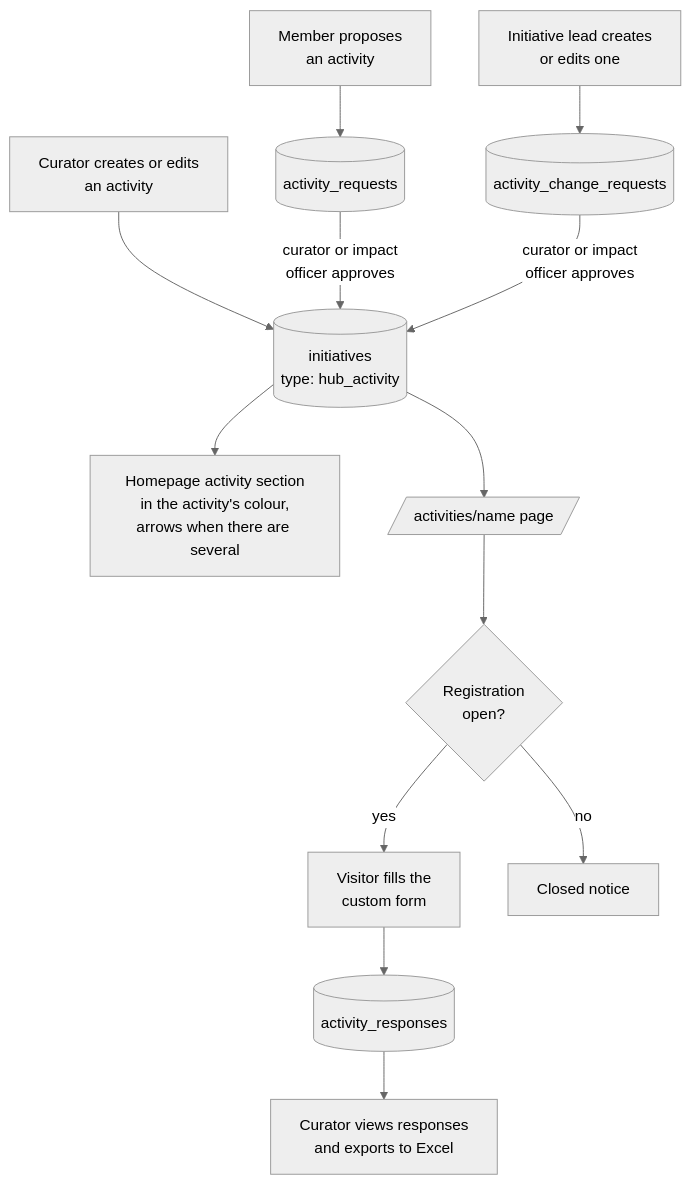
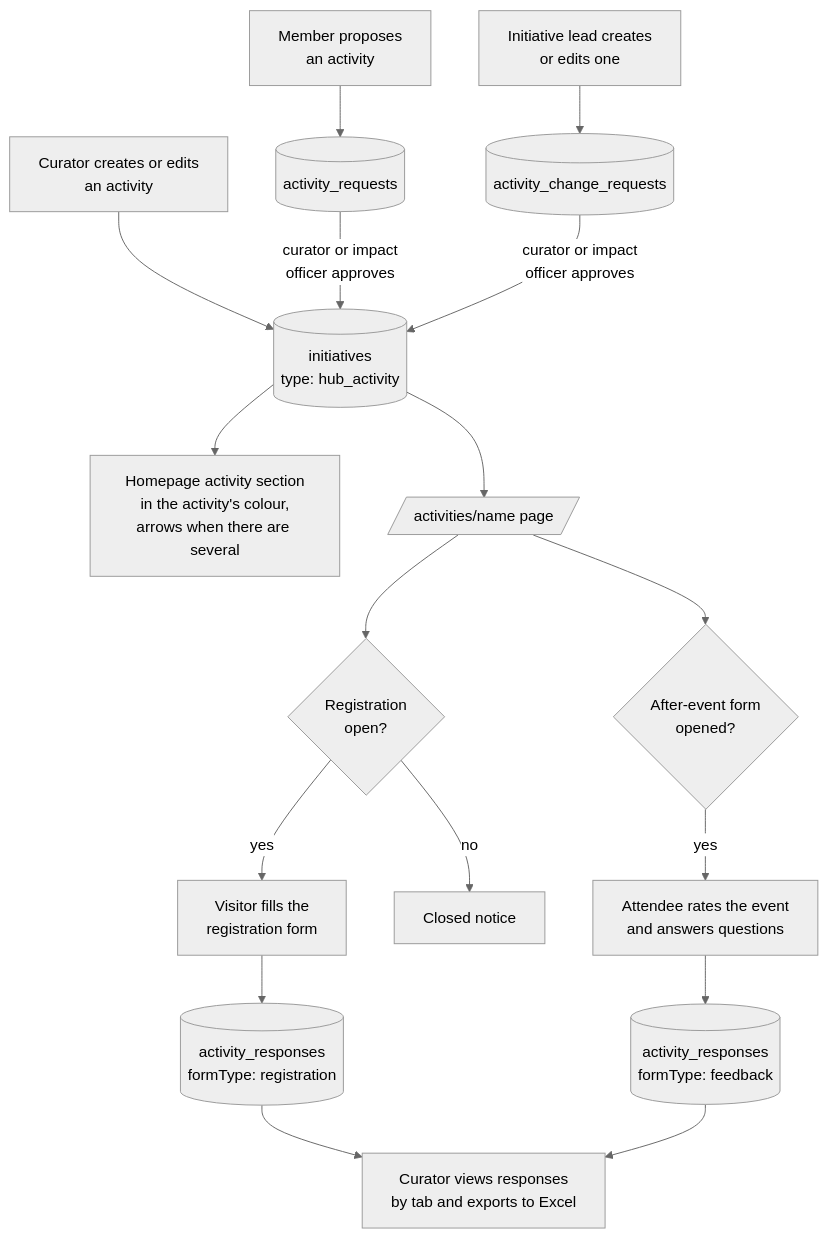
The fifth of 9 diagrams in docs/HOW-IT-WORKS.md (The-Dark-Ranger/Jeddah-Hub), drawn with Mermaid (neutral theme) before and after one commit. The commit also changed other lines of this file and 73 other files, not shown here.

````diff
--- a/docs/HOW-IT-WORKS.md
+++ b/docs/HOW-IT-WORKS.md
@@ -128,14 +138,17 @@
 ```mermaid
 flowchart TD
     C[Curator creates or edits<br/>an activity] --> I[(initiatives<br/>type: hub_activity)]
     M[Member proposes<br/>an activity] --> Q[(activity_requests)]
     Q -->|curator or impact<br/>officer approves| I
     L[Initiative lead creates<br/>or edits one] --> R[(activity_change_requests)]
     R -->|curator or impact<br/>officer approves| I
     I --> H[Homepage activity section<br/>in the activity's colour,<br/>arrows when there are several]
     I --> P[/activities/name page/]
     P --> F{Registration<br/>open?}
-    F -->|yes| V[Visitor fills the<br/>custom form] --> AR[(activity_responses)]
+    F -->|yes| V[Visitor fills the<br/>registration form] --> AR[(activity_responses<br/>formType: registration)]
     F -->|no| X[Closed notice]
-    AR --> E[Curator views responses<br/>and exports to Excel]
+    P --> FB{After-event form<br/>opened?}
+    FB -->|yes| FV[Attendee rates the event<br/>and answers questions] --> FR[(activity_responses<br/>formType: feedback)]
+    AR --> E[Curator views responses<br/>by tab and exports to Excel]
+    FR --> E
 ```
````
